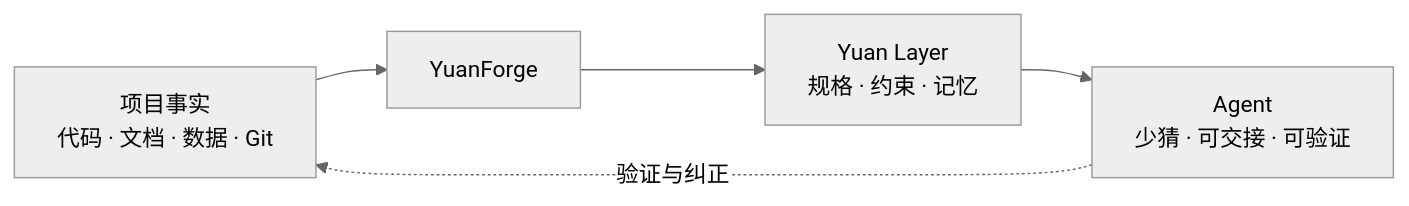
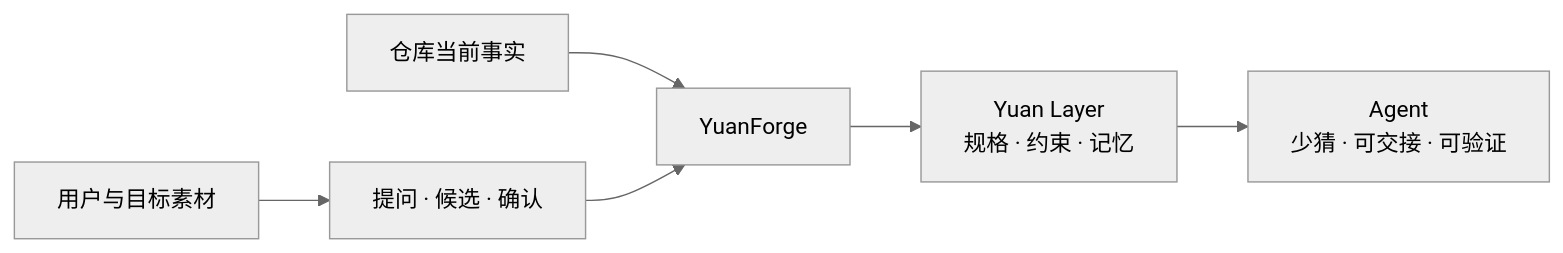
Before and after one commit to lzxgogogo/YuanForge: the diagram in README.md, drawn with Mermaid (neutral theme). The commit also changed other lines of this file and 18 other files, not shown here.

Commit message:
refactor: narrow YuanForge intent governance

````diff
--- a/README.md
+++ b/README.md
@@ -30,7 +30,8 @@
 ```mermaid
 flowchart LR
-    R["项目事实<br/>代码 · 文档 · 数据 · Git"] --> Y["YuanForge"]
+    U["用户与目标素材"] --> Q["提问 · 候选 · 确认"]
+    R["仓库当前事实"] --> Y["YuanForge"]
+    Q --> Y
     Y --> L["Yuan Layer<br/>规格 · 约束 · 记忆"]
     L --> A["Agent<br/>少猜 · 可交接 · 可验证"]
-    A -. "验证与纠正" .-> R
 ```
````
